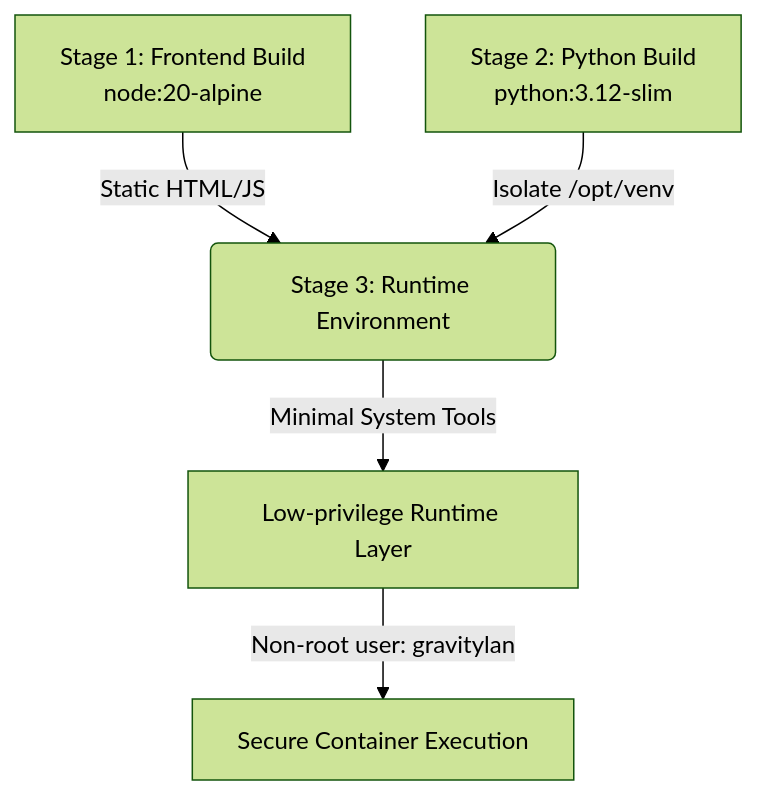
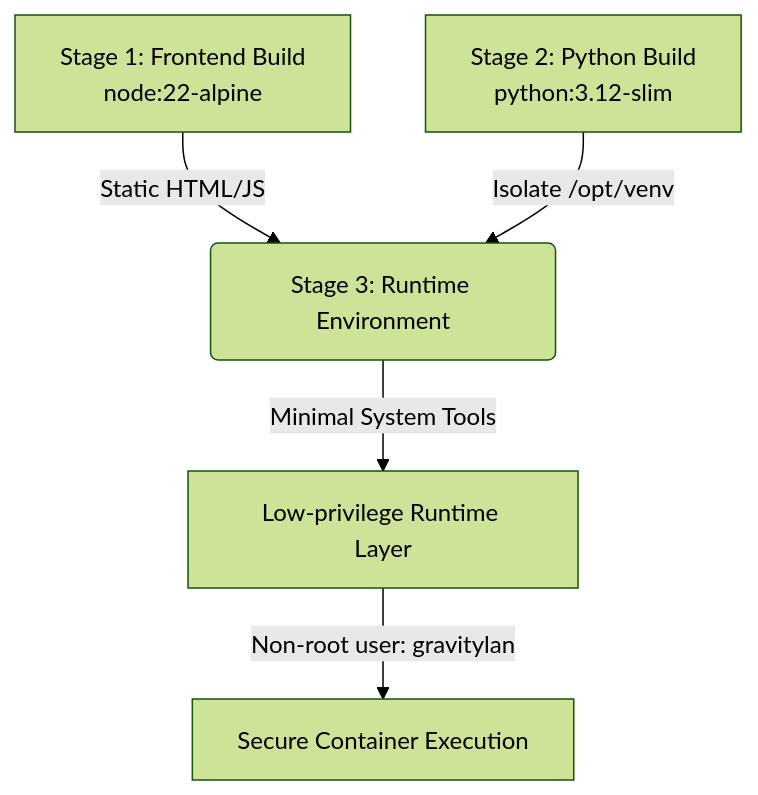
The diagram in docs/container-hardening.md (SleeperXr/GravityLAN), drawn with Mermaid (forest theme) before and after one commit. The commit also changed 11 other files, not shown here.

````diff
--- a/docs/container-hardening.md
+++ b/docs/container-hardening.md
@@ -22,7 +22,7 @@
 ```mermaid
 graph TD
-    A[Stage 1: Frontend Build <br/> node:20-alpine] -->|Static HTML/JS| C(Stage 3: Runtime Environment)
+    A[Stage 1: Frontend Build <br/> node:22-alpine] -->|Static HTML/JS| C(Stage 3: Runtime Environment)
     B[Stage 2: Python Build <br/> python:3.12-slim] -->|Isolate /opt/venv| C
     C -->|Minimal System Tools| D[Low-privilege Runtime Layer]
     D -->|Non-root user: gravitylan| E[Secure Container Execution]
 ```
````
